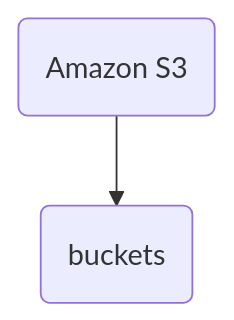
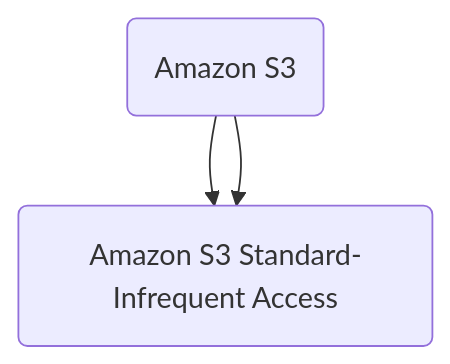
One commit to CarlosNaranjoMx/01_mkdocs changed diagram 12 of 24 in docs/certificaciones/aws.md. Above: the diagram before and after it, drawn with Mermaid. The commit also changed other lines of this file and 5 other files, not shown here.

````diff
--- a/docs/certificaciones/aws.md
+++ b/docs/certificaciones/aws.md
@@ -65,4 +65,5 @@
 ```mermaid
 flowchart TD
     G(Amazon S3) --> H(buckets)
+    G --> H(Amazon S3 Standard-Infrequent Access)
 ```
````
